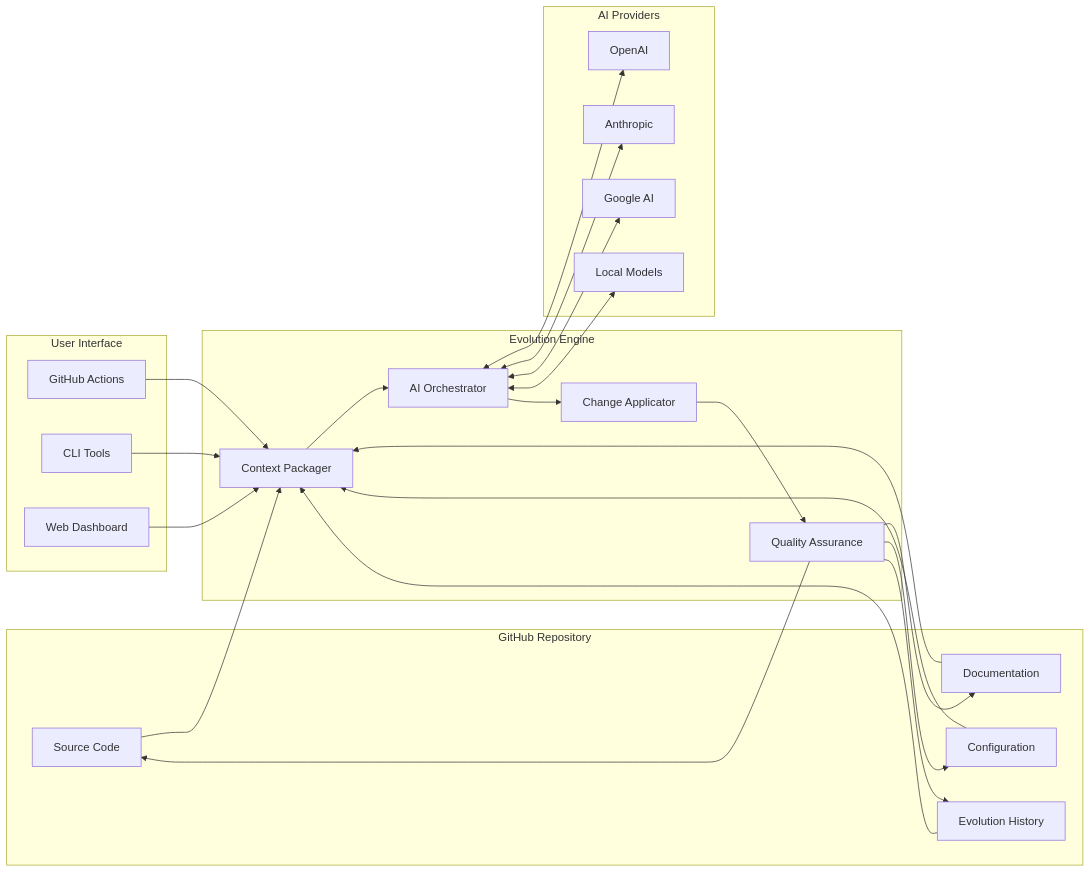
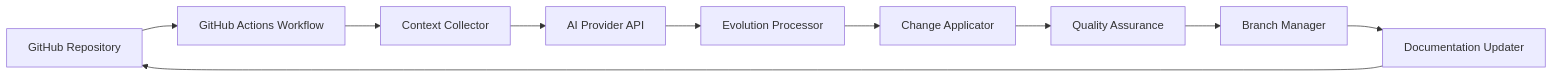
One commit to bamr87/ai-evolution-engine changed the second of 2 diagrams in README.md. Above: the diagram before and after it, drawn with Mermaid. The commit also changed other lines of this file and 2 other files, not shown here.

Commit message:
Refactor code structure for improved readability and maintainability

````diff
--- a/README.md
+++ b/README.md
@@ -92,37 +84,12 @@
 ```mermaid
 graph LR
-    subgraph "GitHub Repository"
-        A[Source Code]
-        B[Documentation]
-        C[Configuration]
-        D[Evolution History]
-    end
-    
-    subgraph "Evolution Engine"
-        E[Context Packager]
-        F[AI Orchestrator]
-        G[Change Applicator]
-        H[Quality Assurance]
-    end
-    
-    subgraph "AI Providers"
-        I[OpenAI]
-        J[Anthropic]
-        K[Google AI]
-        L[Local Models]
-    end
-    
-    subgraph "User Interface"
-        M[GitHub Actions]
-        N[CLI Tools]
-        O[Web Dashboard]
-    end
-    
-    A & B & C & D --> E
-    E --> F
-    F <--> I & J & K & L
-    F --> G
-    G --> H
-    H --> A & B & C & D
-    M & N & O --> E
+    A[GitHub Repository] --> B[GitHub Actions Workflow]
+    B --> C[Context Collector]
+    C --> D[AI Provider API]
+    D --> E[Evolution Processor]
+    E --> F[Change Applicator]
+    F --> G[Quality Assurance]
+    G --> H[Branch Manager]
+    H --> I[Documentation Updater]
+    I --> A
 ```
````
